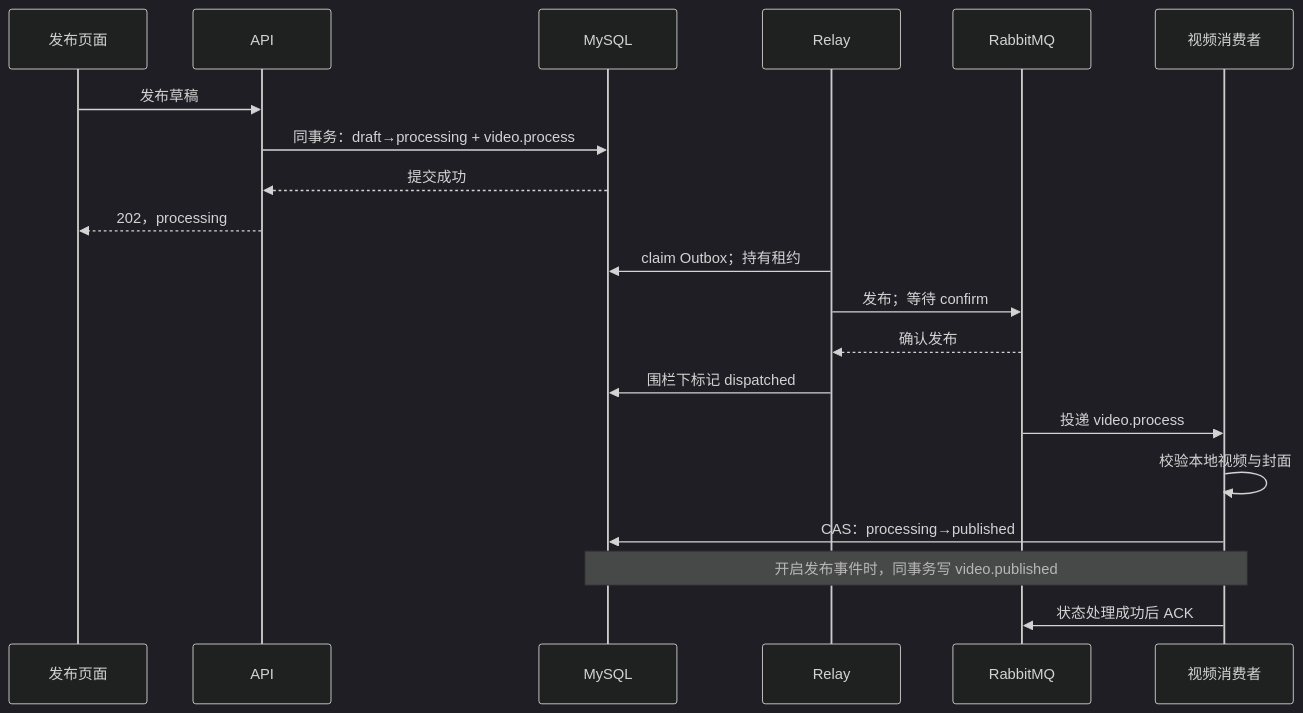
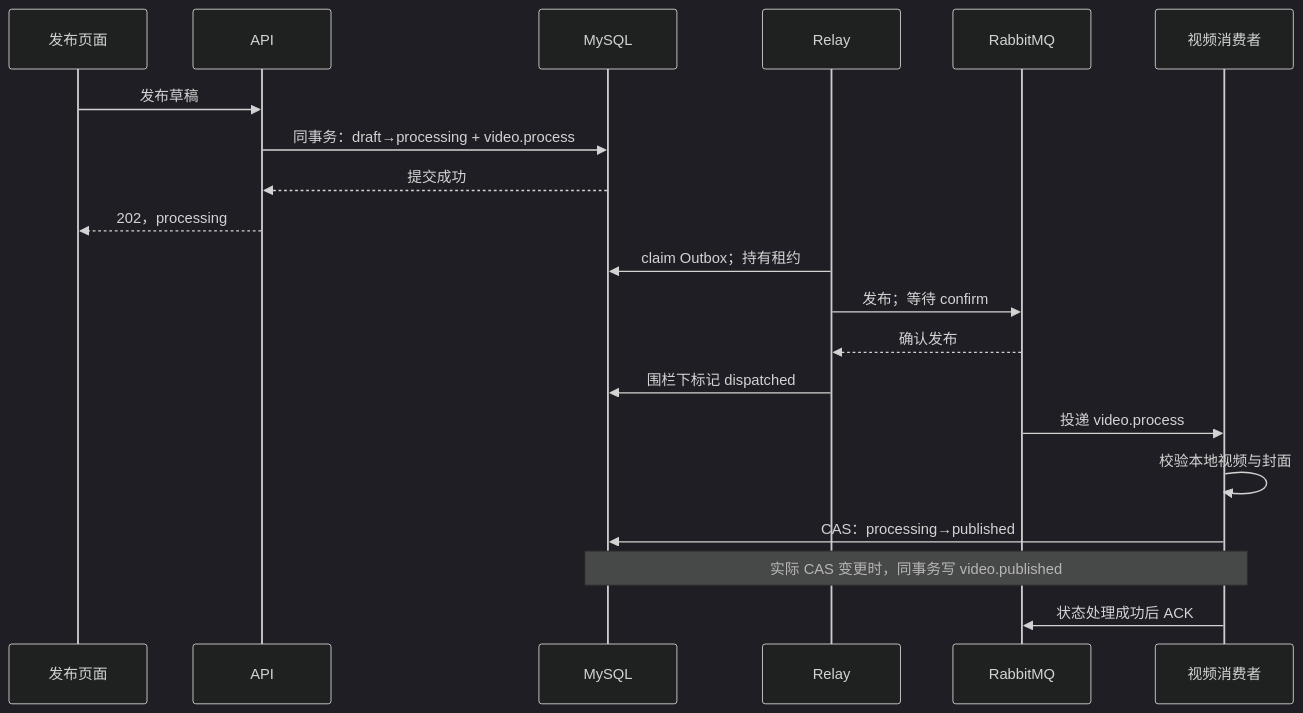
One commit to E1aina2007/GoFeed changed the seventh of 10 diagrams in docs/SOURCE_CODE_GUIDE.md. Above: the diagram before and after it, drawn with Mermaid (dark theme). The commit also changed other lines of this file and 14 other files, not shown here.

````diff
--- a/docs/SOURCE_CODE_GUIDE.md
+++ b/docs/SOURCE_CODE_GUIDE.md
@@ -369,22 +373,22 @@
 ```mermaid
 sequenceDiagram
     participant C as 发布页面
     participant A as API
     participant D as MySQL
     participant R as Relay
     participant Q as RabbitMQ
     participant W as 视频消费者
     C->>A: 发布草稿
     A->>D: 同事务：draft→processing + video.process
     D-->>A: 提交成功
     A-->>C: 202，processing
     R->>D: claim Outbox；持有租约
     R->>Q: 发布；等待 confirm
     Q-->>R: 确认发布
     R->>D: 围栏下标记 dispatched
     Q->>W: 投递 video.process
     W->>W: 校验本地视频与封面
     W->>D: CAS：processing→published
-    Note over W,D: 开启发布事件时，同事务写 video.published
+    Note over W,D: 实际 CAS 变更时，同事务写 video.published
     W->>Q: 状态处理成功后 ACK
 ```
````
